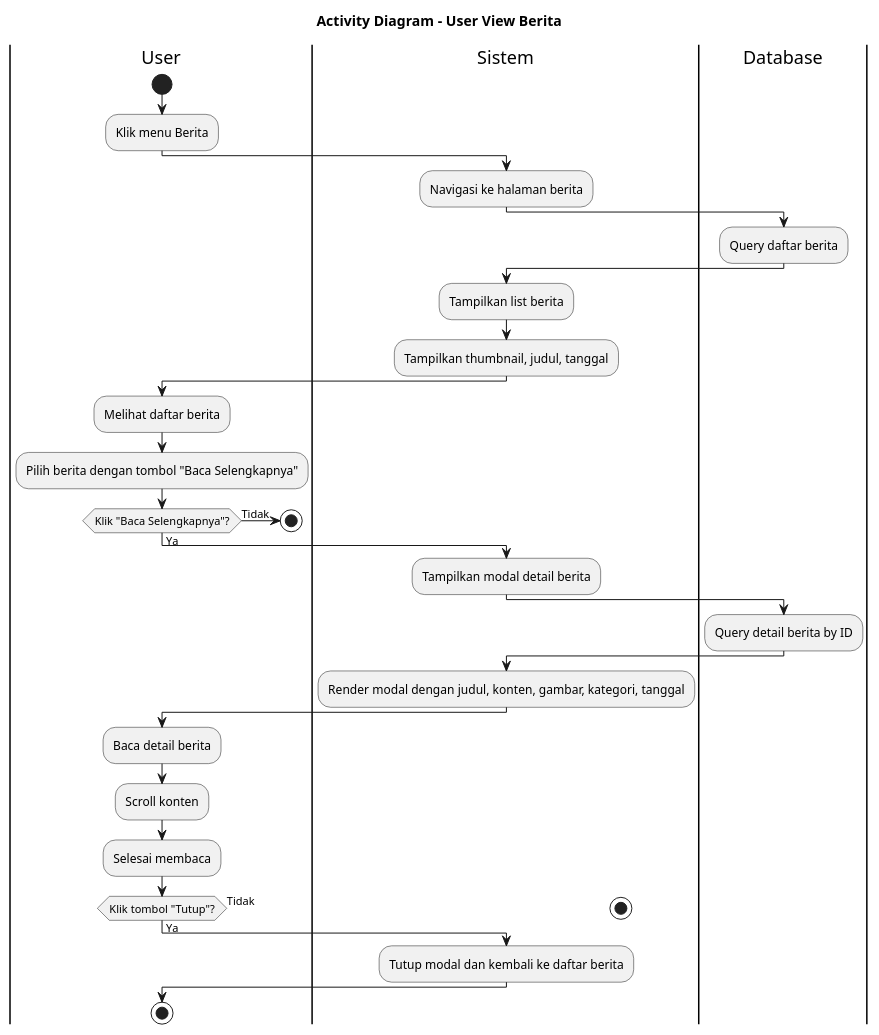
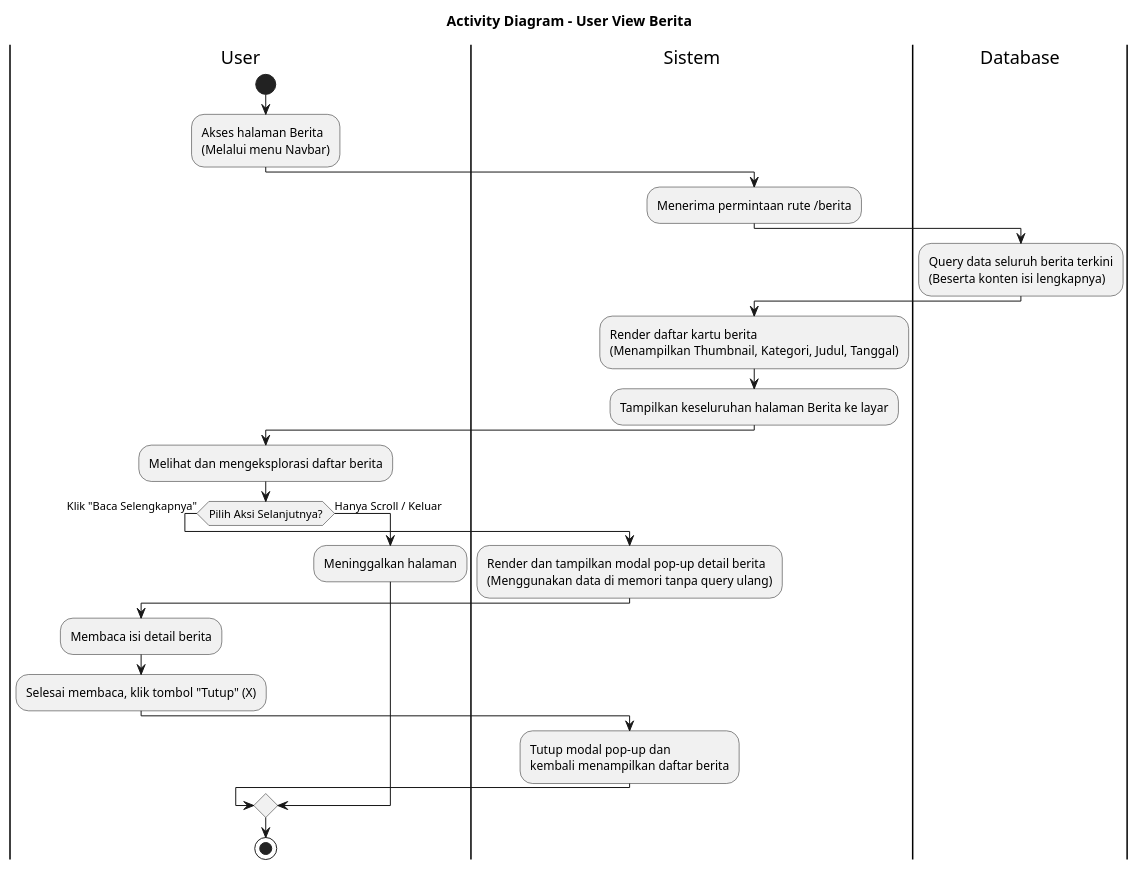
Before and after one commit to jaddu17/capstonepmikp: the diagram in diagram/activitydiagram_user_view_berita.puml, drawn with PlantUML. The commit also changed 11 other files, not shown here.

Commit message:
perubahan activity diagram user(beranda, stok darah, info donor, jadwal donor, berita, donasi, kontak

```diff
--- a/diagram/activitydiagram_user_view_berita.puml
+++ b/diagram/activitydiagram_user_view_berita.puml
@@ -1,51 +1,39 @@
 @startuml ACTIVITY_DIAGRAM_USER_VIEW_BERITA
 title Activity Diagram - User View Berita
 
 |User|
 start
-:Klik menu Berita;
+:Akses halaman Berita\n(Melalui menu Navbar);
 
 |Sistem|
-:Navigasi ke halaman berita;
+:Menerima permintaan rute /berita;
 
 |Database|
-:Query daftar berita;
+:Query data seluruh berita terkini\n(Beserta konten isi lengkapnya);
 
 |Sistem|
-:Tampilkan list berita;
-:Tampilkan thumbnail, judul, tanggal;
+:Render daftar kartu berita\n(Menampilkan Thumbnail, Kategori, Judul, Tanggal);
+:Tampilkan keseluruhan halaman Berita ke layar;
 
 |User|
-:Melihat daftar berita;
-:Pilih berita dengan tombol "Baca Selengkapnya";
+:Melihat dan mengeksplorasi daftar berita;
 
-if (Klik "Baca Selengkapnya"?) then (Ya)
+if (Pilih Aksi Selanjutnya?) then (Klik "Baca Selengkapnya")
   |Sistem|
-  :Tampilkan modal detail berita;
-
-  |Database|
-  :Query detail berita by ID;
-
+  :Render dan tampilkan modal pop-up detail berita\n(Menggunakan data di memori tanpa query ulang);
+  
+  |User|
+  :Membaca isi detail berita;
+  :Selesai membaca, klik tombol "Tutup" (X);
+  
   |Sistem|
-  :Render modal dengan judul, konten, gambar, kategori, tanggal;
-
+  :Tutup modal pop-up dan\nkembali menampilkan daftar berita;
+else (Hanya Scroll / Keluar)
   |User|
-  :Baca detail berita;
-  :Scroll konten;
-else (Tidak)
-  stop
-endif
-
-|User|
-:Selesai membaca;
-if (Klik tombol "Tutup"?) then (Ya)
-  |Sistem|
-  :Tutup modal dan kembali ke daftar berita;
-else (Tidak)
-  stop
+  :Meninggalkan halaman;
 endif
 
 |User|
 stop
 
 @enduml
```
